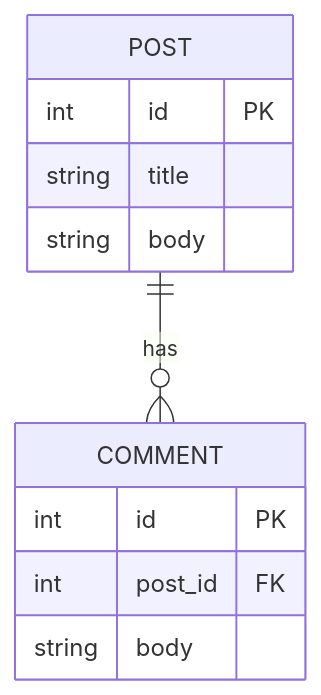
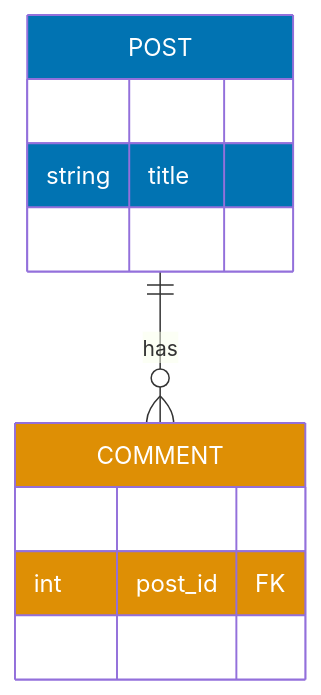
Before and after one commit to wahidyankf/open-sharia-enterprise: the fifth of 6 diagrams in apps/ayokoding-web/content/en/learn/software-engineering/platform-web/tools/elixir-phoenix/by-example/beginner.md, drawn with Mermaid. The commit also changed other lines of this file and 14 other files, not shown here.

````diff
--- a/apps/ayokoding-web/content/en/learn/software-engineering/platform-web/tools/elixir-phoenix/by-example/beginner.md
+++ b/apps/ayokoding-web/content/en/learn/software-engineering/platform-web/tools/elixir-phoenix/by-example/beginner.md
@@ -975,15 +979,18 @@
 ```mermaid
 %% One-to-many association structure
 erDiagram
     POST ||--o{ COMMENT : has
     POST {
         int id PK
         string title
         string body
     }
     COMMENT {
         int id PK
         int post_id FK
         string body
     }
+
+    style POST fill:#0173B2,color:#fff
+    style COMMENT fill:#DE8F05,color:#fff
 ```
````
